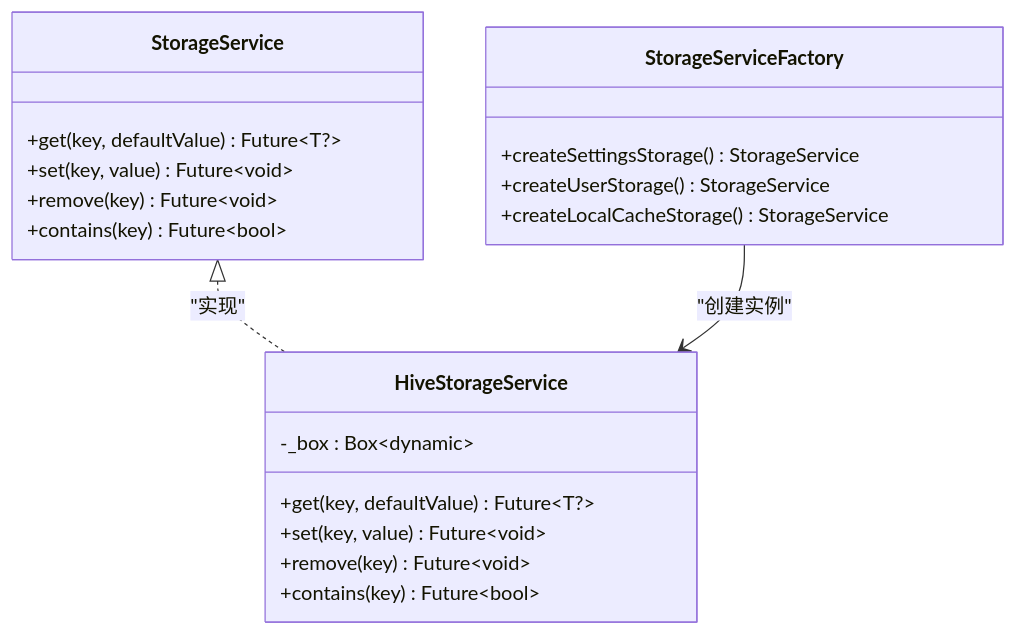
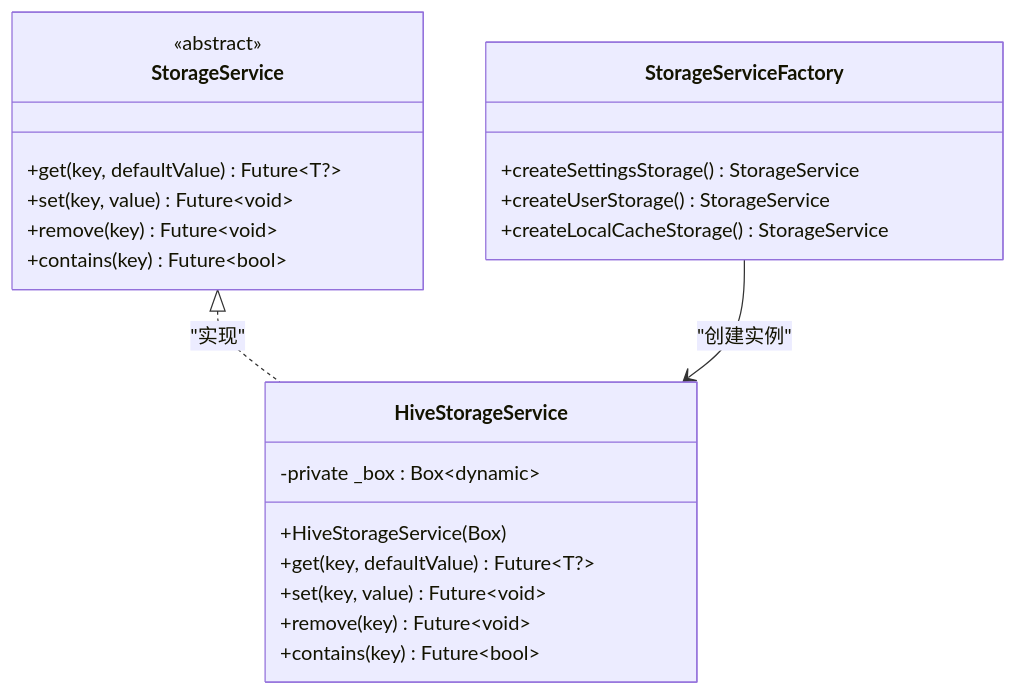
The third of 4 diagrams in .qoder/repowiki/zh/content/架构设计/存储系统.md (justLXX/pilipala), drawn with Mermaid before and after one commit. The commit also changed other lines of this file and 194 other files, not shown here.

````diff
--- a/.qoder/repowiki/zh/content/架构设计/存储系统.md
+++ b/.qoder/repowiki/zh/content/架构设计/存储系统.md
@@ -123,23 +133,25 @@
 ```mermaid
 classDiagram
 class StorageService {
+<<abstract>>
 +get<T>(key, defaultValue) Future~T?~
 +set<T>(key, value) Future~void~
 +remove(key) Future~void~
 +contains(key) Future~bool~
 }
 class HiveStorageService {
--_box : Box~dynamic~
+-private _box : Box~dynamic~
++HiveStorageService(Box)
 +get<T>(key, defaultValue) Future~T?~
 +set<T>(key, value) Future~void~
 +remove(key) Future~void~
 +contains(key) Future~bool~
 }
 class StorageServiceFactory {
 +createSettingsStorage() StorageService
 +createUserStorage() StorageService
 +createLocalCacheStorage() StorageService
 }
 StorageService <|.. HiveStorageService : "实现"
 StorageServiceFactory --> HiveStorageService : "创建实例"
 ```
````
